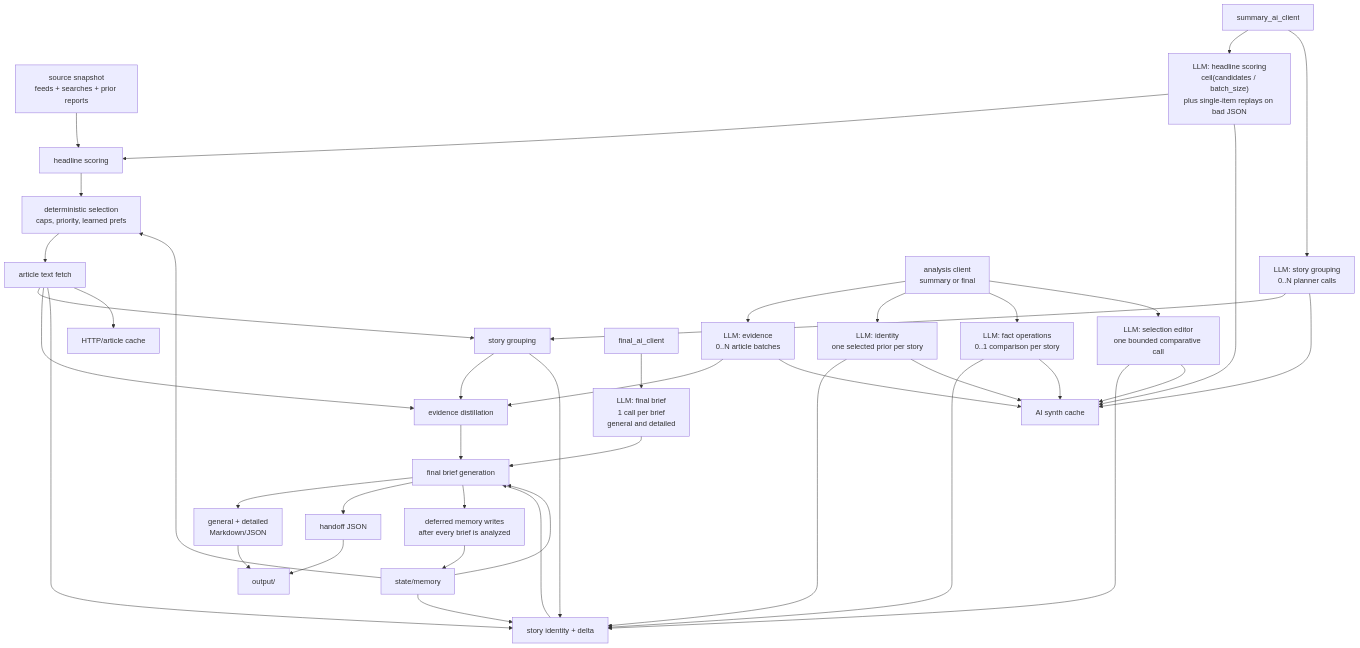
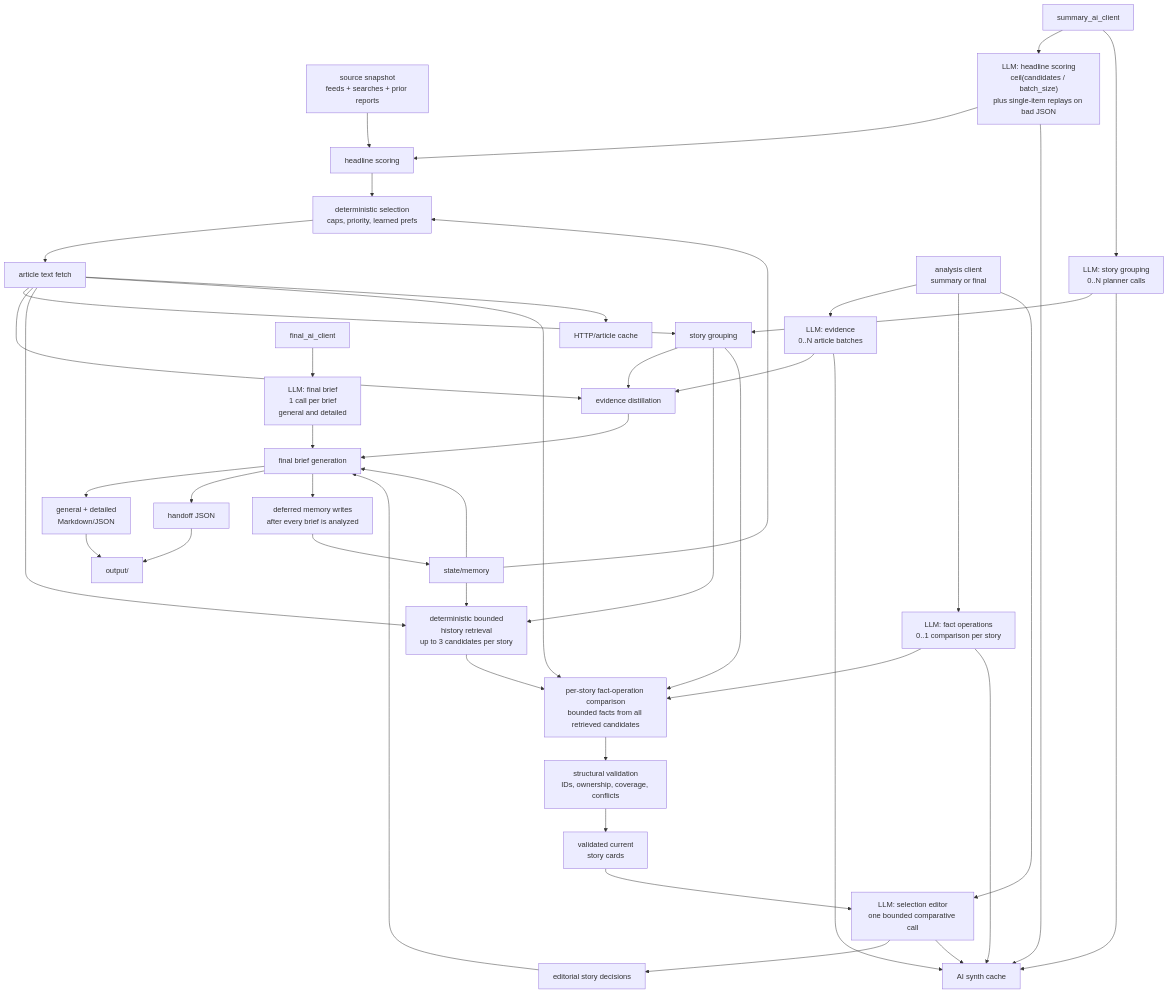
One commit to HorizonEngine24798/MyDailyNews changed the second of 3 diagrams in docs/architecture.md. Above: the diagram before and after it, drawn with Mermaid. The commit also changed other lines of this file and 18 other files, not shown here.

Commit message:
refactor: derive story history from fact operations

````diff
--- a/docs/architecture.md
+++ b/docs/architecture.md
@@ -47,43 +47,46 @@
 ```mermaid
 flowchart TD
     SNAPSHOT["source snapshot<br/>feeds + searches + prior reports"] --> SCORE["headline scoring"]
     SUMMARY["summary_ai_client"] --> SCORE_CALL["LLM: headline scoring<br/>ceil(candidates / batch_size)<br/>plus single-item replays on bad JSON"]
     SCORE_CALL --> SCORE
     SCORE --> SELECT["deterministic selection<br/>caps, priority, learned prefs"]
     MEMORY["state/memory"] --> SELECT
     SELECT --> FETCH["article text fetch"]
     FETCH --> GROUP["story grouping"]
     SUMMARY --> GROUP_CALL["LLM: story grouping<br/>0..N planner calls"]
     GROUP_CALL --> GROUP
     GROUP --> EVIDENCE["evidence distillation"]
     FETCH --> EVIDENCE
     ANALYSIS["analysis client<br/>summary or final"] --> EVIDENCE_CALL["LLM: evidence<br/>0..N article batches"]
     EVIDENCE_CALL --> EVIDENCE
-    GROUP --> DELTA["story identity + delta"]
-    FETCH --> DELTA
-    MEMORY --> DELTA
-    ANALYSIS --> IDENTITY_CALL["LLM: identity<br/>one selected prior per story"]
+    GROUP --> HISTORY["deterministic bounded<br/>history retrieval<br/>up to 3 candidates per story"]
+    FETCH --> HISTORY
+    MEMORY --> HISTORY
+    GROUP --> OPERATIONS["per-story fact-operation comparison<br/>bounded facts from all retrieved candidates"]
+    FETCH --> OPERATIONS
+    HISTORY --> OPERATIONS
     ANALYSIS --> OPERATION_CALL["LLM: fact operations<br/>0..1 comparison per story"]
+    OPERATION_CALL --> OPERATIONS
+    OPERATIONS --> VALIDATE["structural validation<br/>IDs, ownership, coverage, conflicts"]
+    VALIDATE --> CARDS["validated current<br/>story cards"]
     ANALYSIS --> EDITOR_CALL["LLM: selection editor<br/>one bounded comparative call"]
-    IDENTITY_CALL --> DELTA
-    OPERATION_CALL --> DELTA
-    EDITOR_CALL --> DELTA
+    CARDS --> EDITOR_CALL
+    EDITOR_CALL --> DELTA["editorial story decisions"]
     EVIDENCE --> FINAL_BRIEF["final brief generation"]
     DELTA --> FINAL_BRIEF
     MEMORY --> FINAL_BRIEF
     FINAL["final_ai_client"] --> FINAL_CALL["LLM: final brief<br/>1 call per brief<br/>general and detailed"]
     FINAL_CALL --> FINAL_BRIEF
     FINAL_BRIEF --> REPORTS["general + detailed<br/>Markdown/JSON"]
     FINAL_BRIEF --> HANDOFF["handoff JSON"]
     FINAL_BRIEF --> MEMORY_QUEUE["deferred memory writes<br/>after every brief is analyzed"]
     MEMORY_QUEUE --> MEMORY
     SCORE_CALL --> AI_CACHE["AI synth cache"]
     GROUP_CALL --> AI_CACHE
     EVIDENCE_CALL --> AI_CACHE
-    IDENTITY_CALL --> AI_CACHE
     OPERATION_CALL --> AI_CACHE
     EDITOR_CALL --> AI_CACHE
     FETCH --> HTTP_CACHE["HTTP/article cache"]
     REPORTS --> OUTPUT["output/"]
     HANDOFF --> OUTPUT
 ```
````
